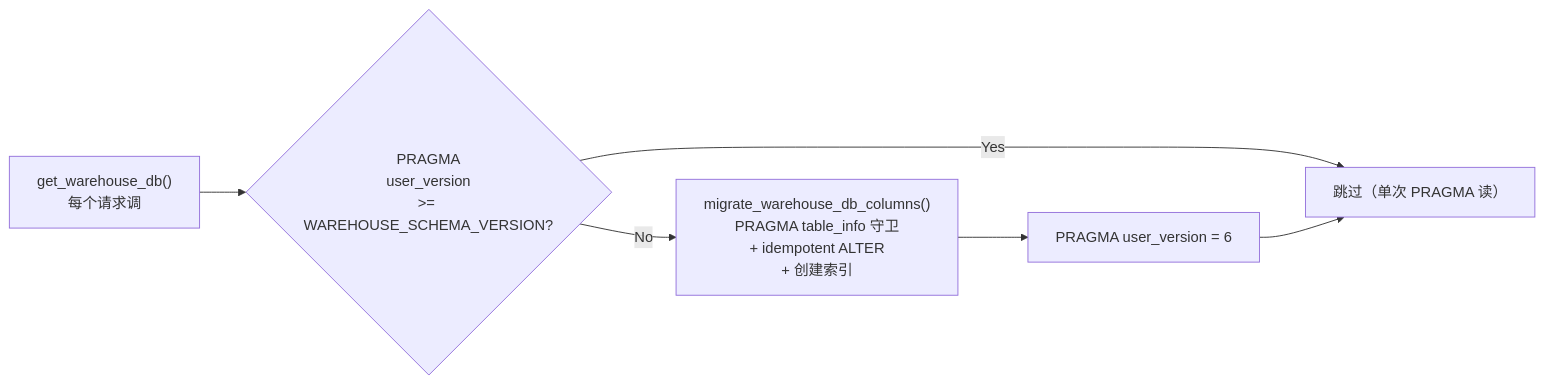
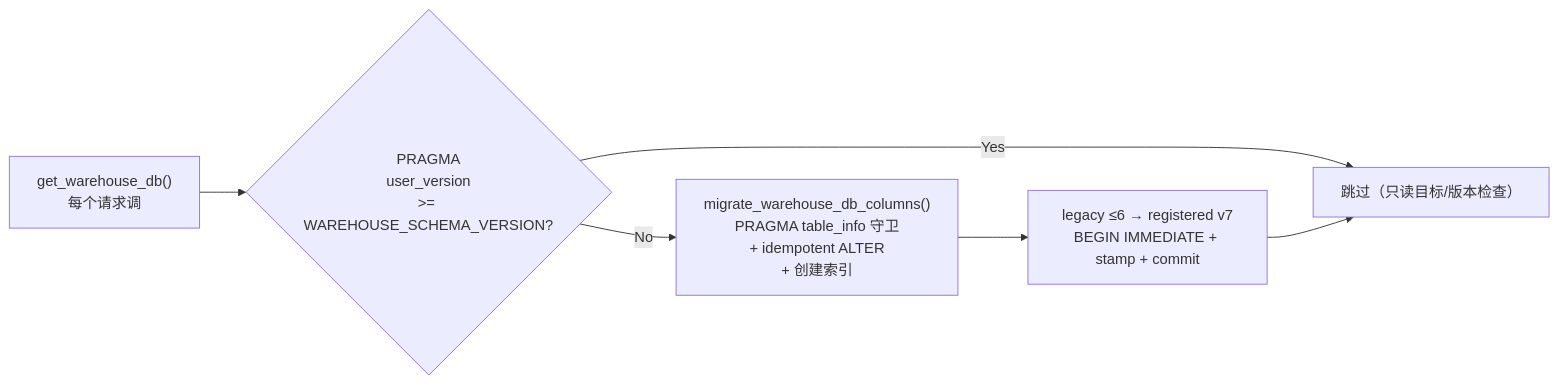
Before and after one commit to DUIDUI-Studio/DailyCheck: the sixth of 18 diagrams in docs/ARCHITECTURE.md, drawn with Mermaid. The commit also changed other lines of this file and 31 other files, not shown here.

````diff
--- a/docs/ARCHITECTURE.md
+++ b/docs/ARCHITECTURE.md
@@ -1317,8 +1317,8 @@
 ```mermaid
 flowchart LR
     Start["get_warehouse_db()<br/>每个请求调"] --> ReadVersion{"PRAGMA<br/>user_version<br/>>= WAREHOUSE_SCHEMA_VERSION?"}
-    ReadVersion -->|Yes| Skip["跳过（单次 PRAGMA 读）"]
+    ReadVersion -->|Yes| Skip["跳过（只读目标/版本检查）"]
     ReadVersion -->|No| Migrate["migrate_warehouse_db_columns()<br/>PRAGMA table_info 守卫<br/>+ idempotent ALTER<br/>+ 创建索引"]
-    Migrate --> Stamp["PRAGMA user_version = 6"]
+    Migrate --> Stamp["legacy ≤6 → registered v7<br/>BEGIN IMMEDIATE + stamp + commit"]
     Stamp --> Skip
 ```
````
